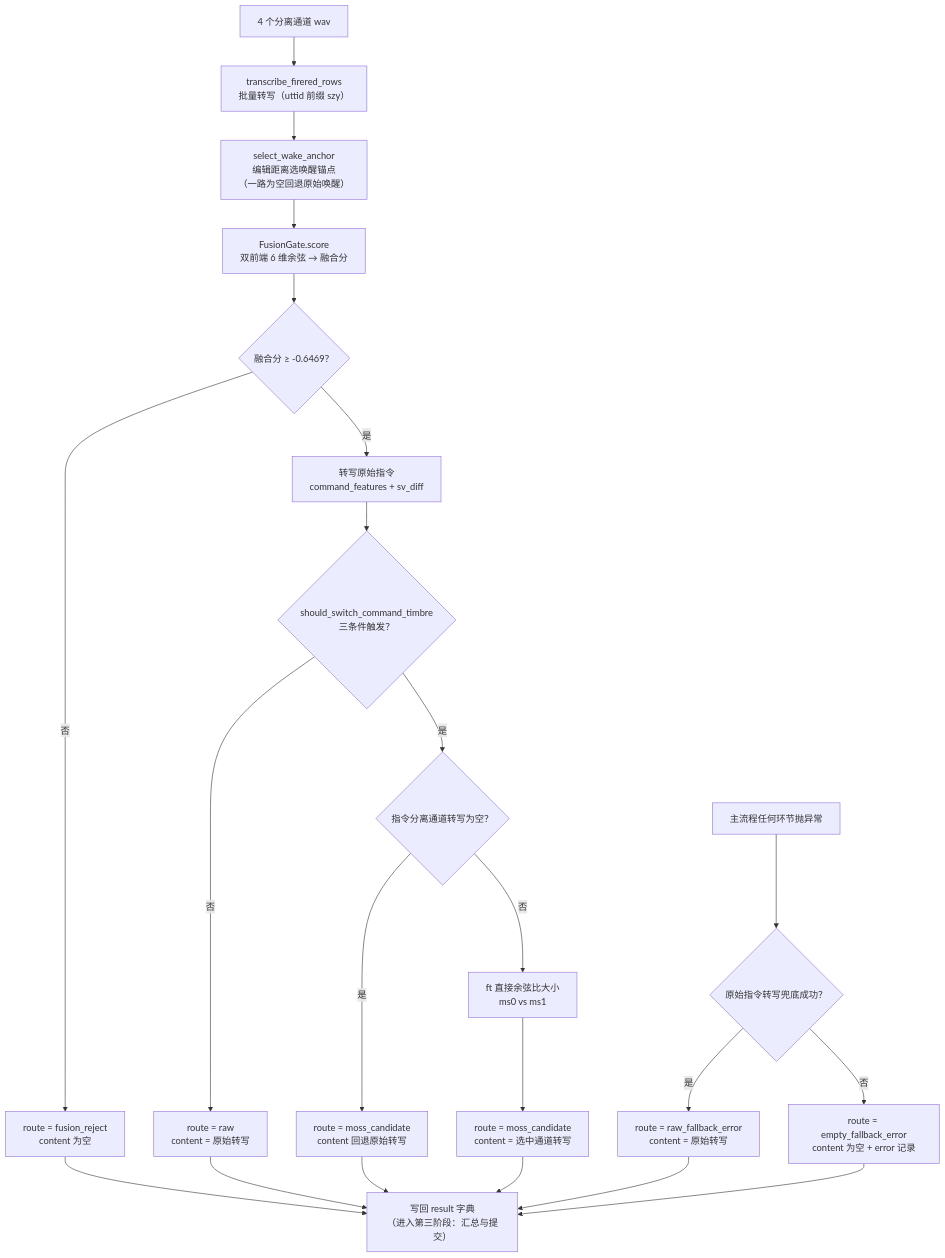
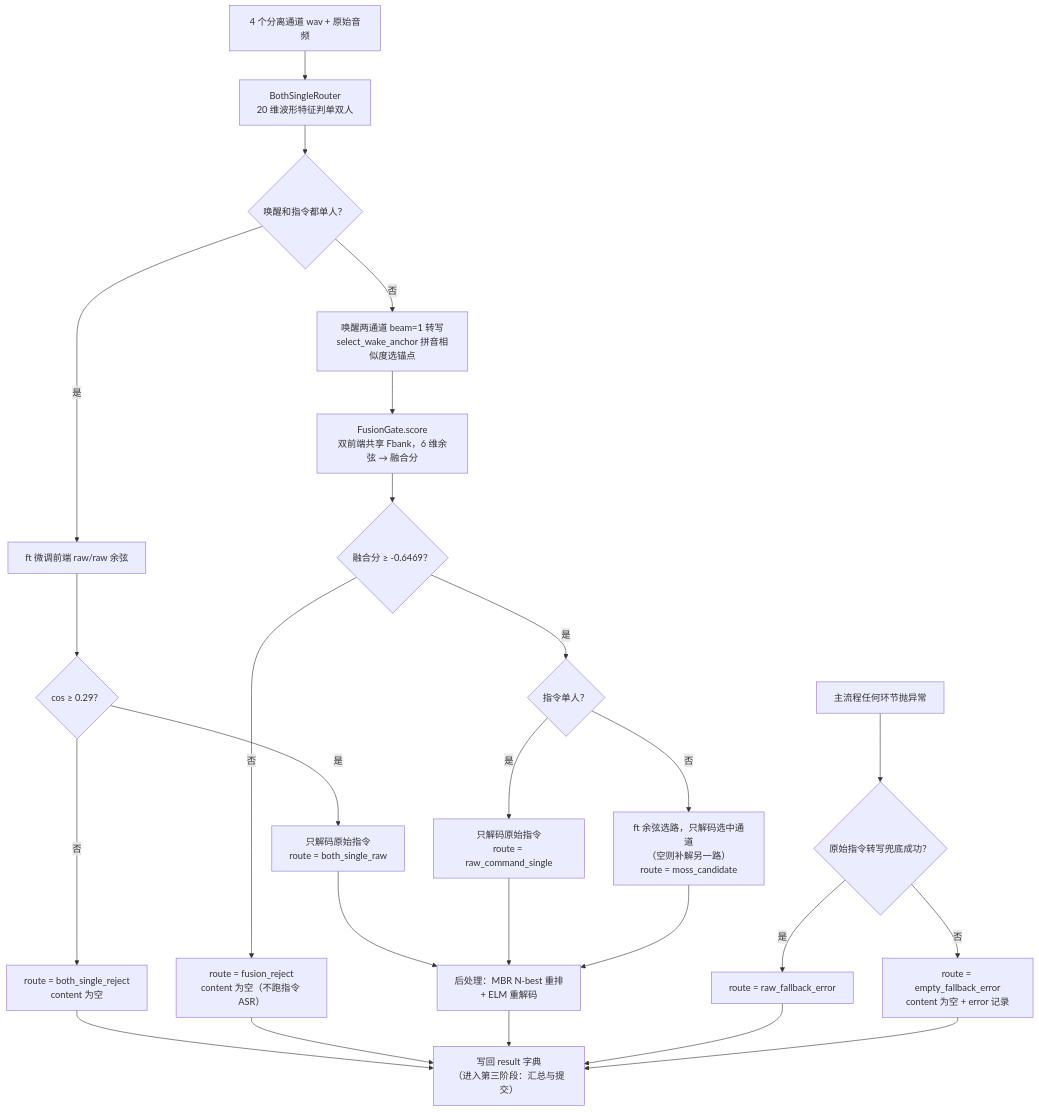
The diagram in docs/一条数据的流动全景-02-识别与门控决策.md (hanlin2007/2026-Midea-Best-Hanlin), drawn with Mermaid before and after one commit. The commit also changed other lines of this file and 15 other files, not shown here.

````diff
--- a/docs/一条数据的流动全景-02-识别与门控决策.md
+++ b/docs/一条数据的流动全景-02-识别与门控决策.md
@@ -231,24 +219,27 @@
 ```mermaid
 flowchart TD
-    A["4 个分离通道 wav"] --> B["transcribe_firered_rows<br/>批量转写（uttid 前缀 szy）"]
-    B --> C["select_wake_anchor<br/>编辑距离选唤醒锚点<br/>（一路为空回退原始唤醒）"]
-    C --> D["FusionGate.score<br/>双前端 6 维余弦 → 融合分"]
-    D --> E{"融合分 ≥ -0.6469？"}
-    E -- "否" --> R1["route = fusion_reject<br/>content 为空"]
-    E -- "是" --> F["转写原始指令<br/>command_features + sv_diff"]
-    F --> G{"should_switch_command_timbre<br/>三条件触发？"}
-    G -- "否" --> R2["route = raw<br/>content = 原始转写"]
-    G -- "是" --> H{"指令分离通道转写为空？"}
-    H -- "是" --> R3["route = moss_candidate<br/>content 回退原始转写"]
-    H -- "否" --> I["ft 直接余弦比大小<br/>ms0 vs ms1"]
-    I --> R4["route = moss_candidate<br/>content = 选中通道转写"]
+    A["4 个分离通道 wav + 原始音频"] --> B["BothSingleRouter<br/>20 维波形特征判单双人"]
+    B --> C{"唤醒和指令都单人？"}
+    C -- "是" --> C1["ft 微调前端 raw/raw 余弦"]
+    C1 --> C2{"cos ≥ 0.29？"}
+    C2 -- "否" --> R0["route = both_single_reject<br/>content 为空"]
+    C2 -- "是" --> C3["只解码原始指令<br/>route = both_single_raw"]
+    C -- "否" --> D["唤醒两通道 beam=1 转写<br/>select_wake_anchor 拼音相似度选锚点"]
+    D --> E["FusionGate.score<br/>双前端共享 Fbank，6 维余弦 → 融合分"]
+    E --> F{"融合分 ≥ -0.6469？"}
+    F -- "否" --> R1["route = fusion_reject<br/>content 为空（不跑指令 ASR）"]
+    F -- "是" --> G{"指令单人？"}
+    G -- "是" --> H["只解码原始指令<br/>route = raw_command_single"]
+    G -- "否" --> I["ft 余弦选路，只解码选中通道<br/>（空则补解另一路）<br/>route = moss_candidate"]
+    C3 --> J["后处理：MBR N-best 重排<br/>+ ELM 重解码"]
+    H --> J
+    I --> J
     X["主流程任何环节抛异常"] --> Y{"原始指令转写兜底成功？"}
-    Y -- "是" --> R5["route = raw_fallback_error<br/>content = 原始转写"]
+    Y -- "是" --> R5["route = raw_fallback_error"]
     Y -- "否" --> R6["route = empty_fallback_error<br/>content 为空 + error 记录"]
-    R1 --> O["写回 result 字典<br/>（进入第三阶段：汇总与提交）"]
-    R2 --> O
-    R3 --> O
-    R4 --> O
+    R0 --> O["写回 result 字典<br/>（进入第三阶段：汇总与提交）"]
+    R1 --> O
+    J --> O
     R5 --> O
     R6 --> O
 ```
````
